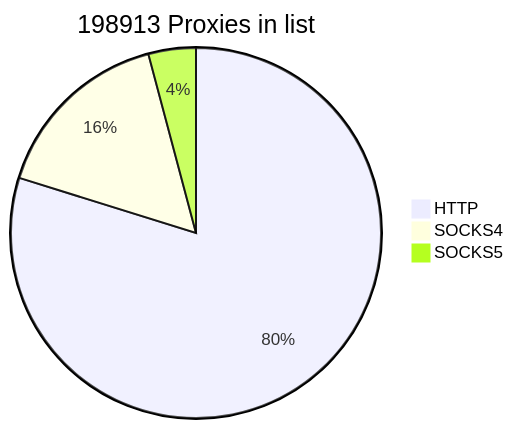
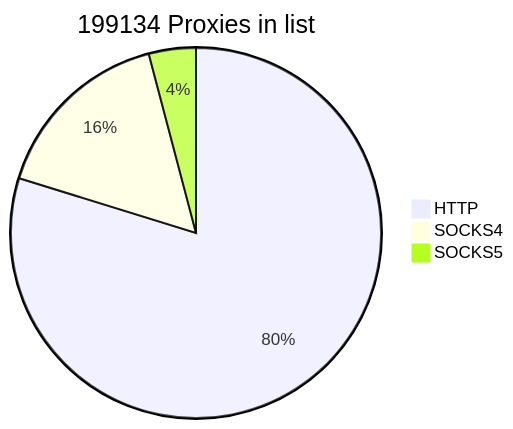
Before and after one commit to cutipu/proxylist: the first of 2 diagrams in README.md, drawn with Mermaid. The commit also changed other lines of this file, not shown here.

````diff
--- a/README.md
+++ b/README.md
@@ -2,7 +2,7 @@
 ```mermaid
-pie title 198913 Proxies in list
-    "HTTP" : 158760
-    "SOCKS4" : 31918
-    "SOCKS5" : 8235
+pie title 199134 Proxies in list
+    "HTTP" : 158869
+    "SOCKS4" : 32090
+    "SOCKS5" : 8175
             
 ```
````
